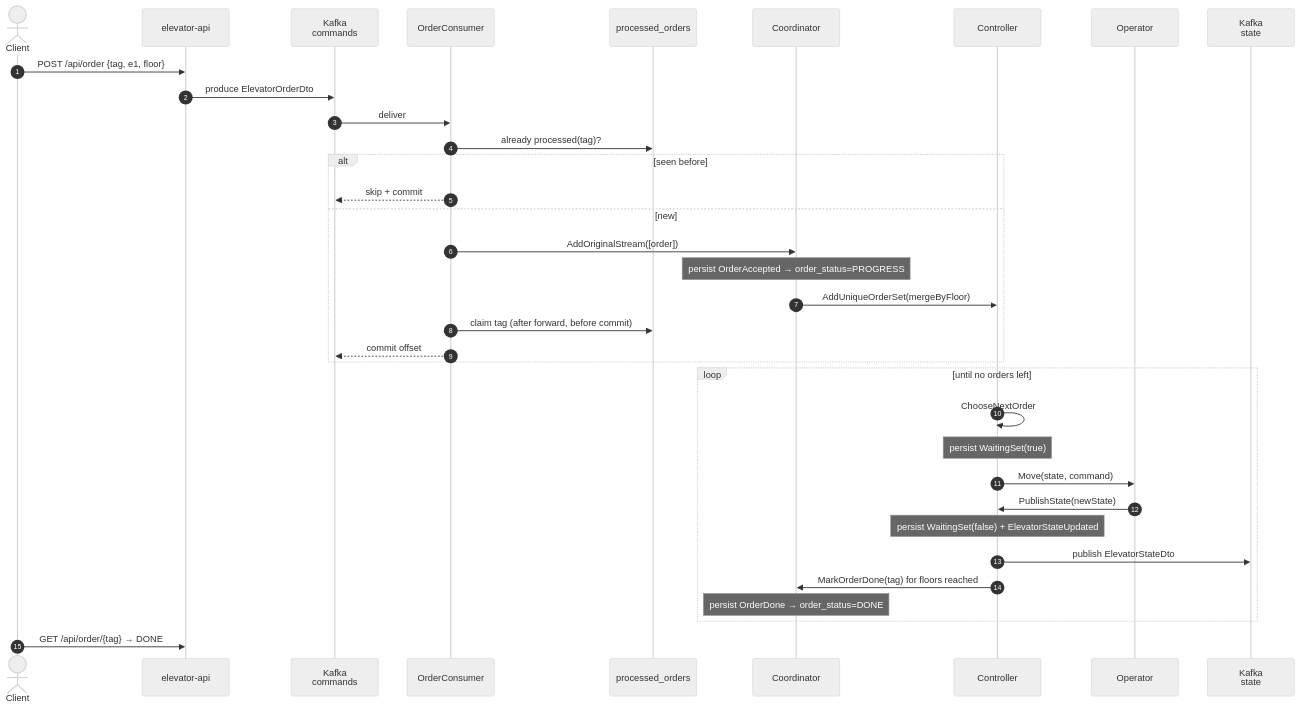
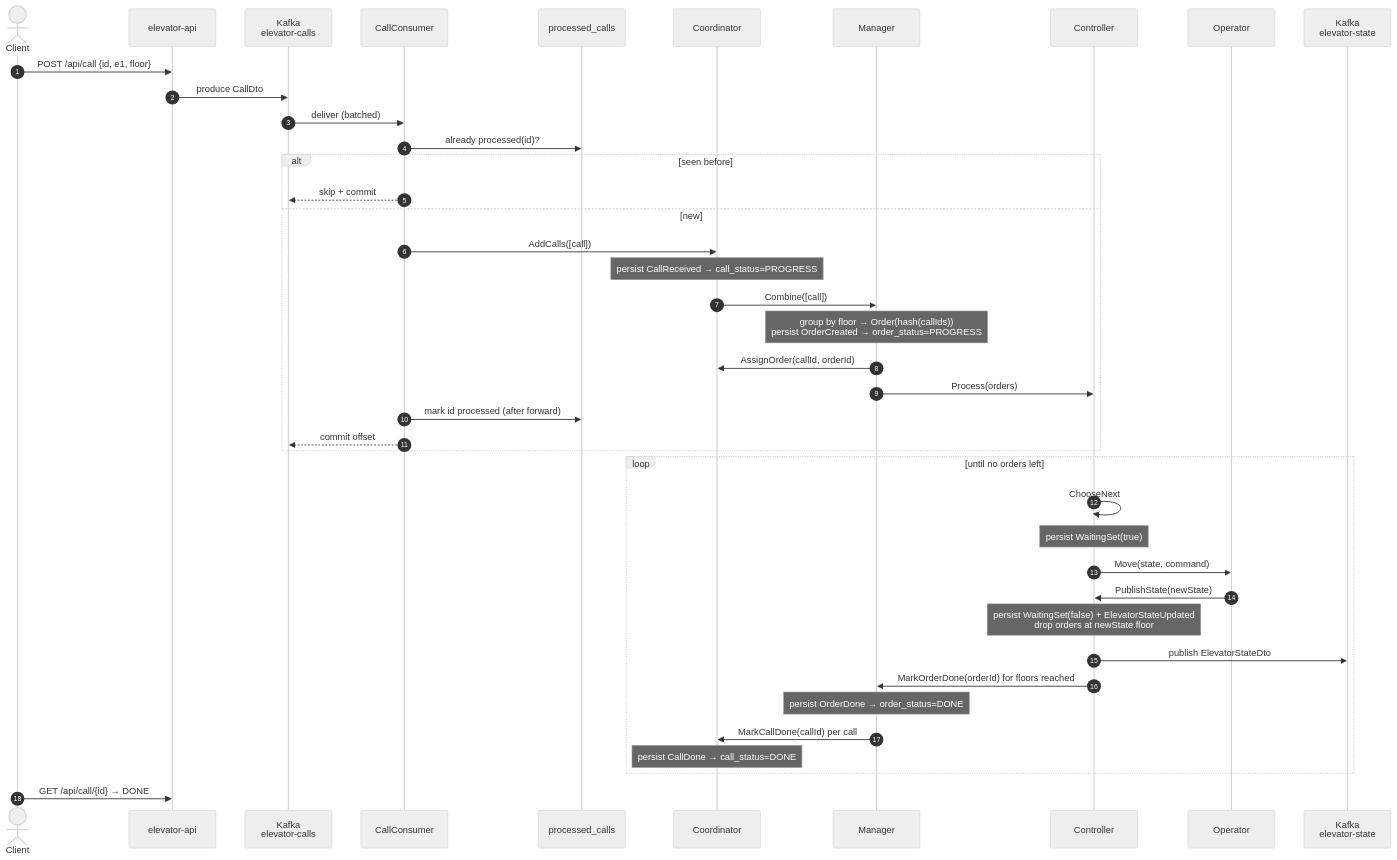
The diagram in docs/protocol.md (TwistedLady/elevator-system), drawn with Mermaid (neutral theme) before and after one commit. The commit also changed other lines of this file and 19 other files, not shown here.

First line of the commit message:
Docs + cleanup: refactor docs to Call/Order; drop dead files; fix nested poms

````diff
--- a/docs/protocol.md
+++ b/docs/protocol.md
@@ -33,38 +43,44 @@
 ```mermaid
 sequenceDiagram
     autonumber
     actor C as Client
     participant API as elevator-api
-    participant KC as Kafka<br/>commands
-    participant OC as OrderConsumer
-    participant DB as processed_orders
+    participant KC as Kafka<br/>elevator-calls
+    participant CC as CallConsumer
+    participant DB as processed_calls
     participant Co as Coordinator
+    participant Mg as Manager
     participant Ct as Controller
     participant Op as Operator
-    participant KS as Kafka<br/>state
+    participant KS as Kafka<br/>elevator-state
 
-    C->>API: POST /api/order {tag, e1, floor}
-    API->>KC: produce ElevatorOrderDto
-    KC->>OC: deliver
-    OC->>DB: already processed(tag)?
+    C->>API: POST /api/call {id, e1, floor}
+    API->>KC: produce CallDto
+    KC->>CC: deliver (batched)
+    CC->>DB: already processed(id)?
     alt seen before
-        OC-->>KC: skip + commit
+        CC-->>KC: skip + commit
     else new
-        OC->>Co: AddOriginalStream([order])
-        Note over Co: persist OrderAccepted → order_status=PROGRESS
-        Co->>Ct: AddUniqueOrderSet(mergeByFloor)
-        OC->>DB: claim tag (after forward, before commit)
-        OC-->>KC: commit offset
+        CC->>Co: AddCalls([call])
+        Note over Co: persist CallReceived → call_status=PROGRESS
+        Co->>Mg: Combine([call])
+        Note over Mg: group by floor → Order(hash(callIds))<br/>persist OrderCreated → order_status=PROGRESS
+        Mg->>Co: AssignOrder(callId, orderId)
+        Mg->>Ct: Process(orders)
+        CC->>DB: mark id processed (after forward)
+        CC-->>KC: commit offset
     end
     loop until no orders left
-        Ct->>Ct: ChooseNextOrder
+        Ct->>Ct: ChooseNext
         Note over Ct: persist WaitingSet(true)
         Ct->>Op: Move(state, command)
         Op->>Ct: PublishState(newState)
-        Note over Ct: persist WaitingSet(false) + ElevatorStateUpdated
+        Note over Ct: persist WaitingSet(false) + ElevatorStateUpdated<br/>drop orders at newState.floor
         Ct->>KS: publish ElevatorStateDto
-        Ct->>Co: MarkOrderDone(tag) for floors reached
-        Note over Co: persist OrderDone → order_status=DONE
+        Ct->>Mg: MarkOrderDone(orderId) for floors reached
+        Note over Mg: persist OrderDone → order_status=DONE
+        Mg->>Co: MarkCallDone(callId) per call
+        Note over Co: persist CallDone → call_status=DONE
     end
-    C->>API: GET /api/order/{tag} → DONE
+    C->>API: GET /api/call/{id} → DONE
 ```
````
